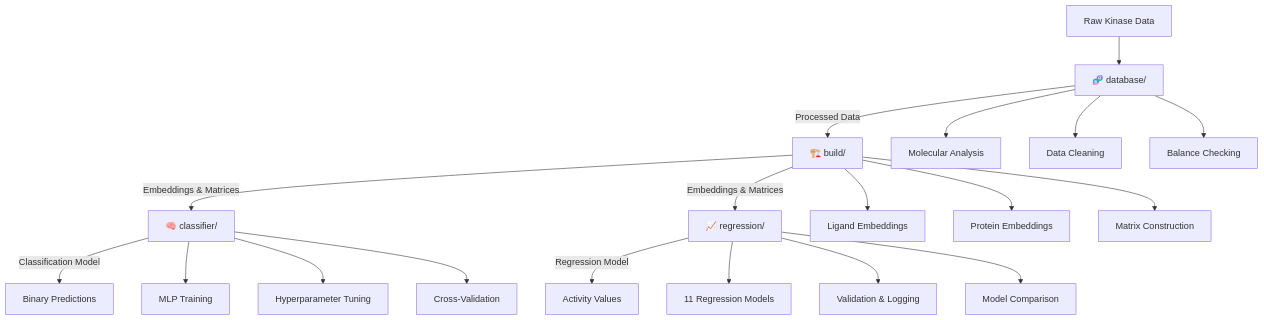
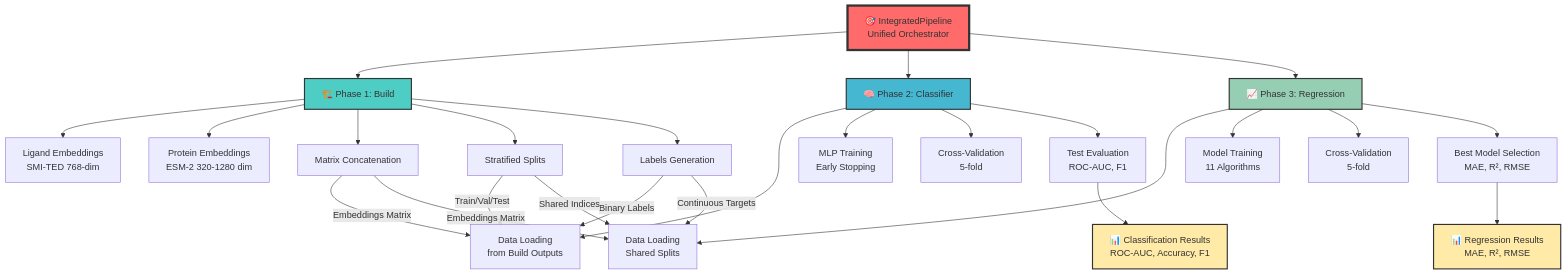
One commit to gmmsb-lncc/attention-screening changed the diagram in README.md. Above: the diagram before and after it, drawn with Mermaid. The commit also changed other lines of this file and 7 other files, not shown here.

First line of the commit message:
feat: Implement unified IntegratedPipeline orchestrator

````diff
--- a/README.md
+++ b/README.md
@@ -66,25 +122,39 @@
 ```mermaid
 graph TB
-    A[Raw Kinase Data] --> B[🧬 database/]
-    B --> |Processed Data| C[🏗️ build/]
-    C --> |Embeddings & Matrices| D1[🧠 classifier/]
-    C --> |Embeddings & Matrices| D2[📈 regression/]
-    D1 --> |Classification Model| E1[Binary Predictions]
-    D2 --> |Regression Model| E2[Activity Values]
+    A[🎯 IntegratedPipeline<br/>Unified Orchestrator] --> B[🏗️ Phase 1: Build]
+    A --> C[🧠 Phase 2: Classifier]
+    A --> D[📈 Phase 3: Regression]
     
-    B --> B1[Molecular Analysis]
-    B --> B2[Data Cleaning]
-    B --> B3[Balance Checking]
+    B --> B1[Ligand Embeddings<br/>SMI-TED 768-dim]
+    B --> B2[Protein Embeddings<br/>ESM-2 320-1280 dim]
+    B --> B3[Matrix Concatenation]
+    B --> B4[Stratified Splits]
+    B --> B5[Labels Generation]
     
-    C --> C1[Ligand Embeddings]
-    C --> C2[Protein Embeddings]
-    C --> C3[Matrix Construction]
+    C --> C1[Data Loading<br/>from Build Outputs]
+    C --> C2[MLP Training<br/>Early Stopping]
+    C --> C3[Cross-Validation<br/>5-fold]
+    C --> C4[Test Evaluation<br/>ROC-AUC, F1]
     
-    D1 --> D1A[MLP Training]
-    D1 --> D1B[Hyperparameter Tuning]
-    D1 --> D1C[Cross-Validation]
+    D --> D1[Data Loading<br/>Shared Splits]
+    D --> D2[Model Training<br/>11 Algorithms]
+    D --> D3[Cross-Validation<br/>5-fold]
+    D --> D4[Best Model Selection<br/>MAE, R², RMSE]
     
-    D2 --> D2A[11 Regression Models]
-    D2 --> D2B[Validation & Logging]
-    D2 --> D2C[Model Comparison]
+    B5 --> |Binary Labels| C1
+    B5 --> |Continuous Targets| D1
+    B3 --> |Embeddings Matrix| C1
+    B3 --> |Embeddings Matrix| D1
+    B4 --> |Train/Val/Test| C1
+    B4 --> |Shared Indices| D1
+    
+    C4 --> E1[📊 Classification Results<br/>ROC-AUC, Accuracy, F1]
+    D4 --> E2[📊 Regression Results<br/>MAE, R², RMSE]
+    
+    style A fill:#ff6b6b,stroke:#333,stroke-width:4px
+    style B fill:#4ecdc4,stroke:#333,stroke-width:2px
+    style C fill:#45b7d1,stroke:#333,stroke-width:2px
+    style D fill:#96ceb4,stroke:#333,stroke-width:2px
+    style E1 fill:#ffeaa7,stroke:#333,stroke-width:2px
+    style E2 fill:#ffeaa7,stroke:#333,stroke-width:2px
 ```
````
